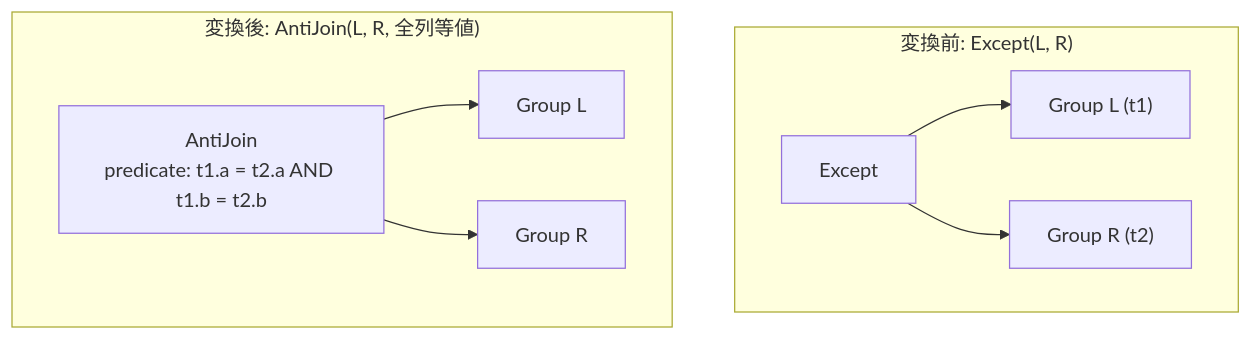
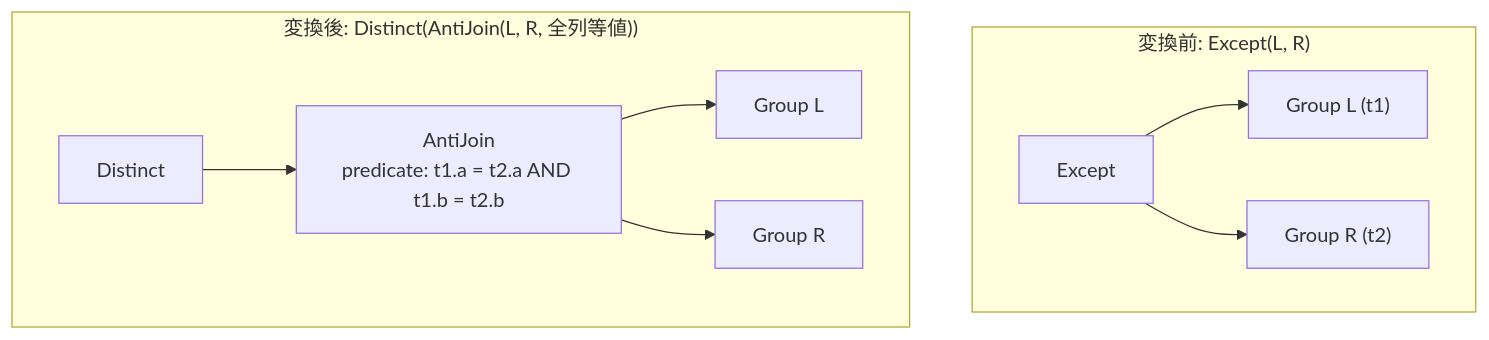
One commit to kumagi/tinylamb changed the diagram in docs/opt/part2-rules/logical/except_to_antijoin.md. Above: the diagram before and after it, drawn with Mermaid. The commit also changed other lines of this file and 677 other files, not shown here.

````diff
--- a/docs/opt/part2-rules/logical/except_to_antijoin.md
+++ b/docs/opt/part2-rules/logical/except_to_antijoin.md
@@ -14,11 +14,12 @@
 ```mermaid
 graph TD
   subgraph before["変換前: Except(L, R)"]
     E1["Except"] --> L1["Group L (t1)"]
     E1 --> R1["Group R (t2)"]
   end
-  subgraph after["変換後: AntiJoin(L, R, 全列等値)"]
-    A1["AntiJoin<br>predicate: t1.a = t2.a AND t1.b = t2.b"] --> L2["Group L"]
+  subgraph after["変換後: Distinct(AntiJoin(L, R, 全列等値))"]
+    D1["Distinct"] --> A1["AntiJoin<br>predicate: t1.a = t2.a AND t1.b = t2.b"]
+    A1 --> L2["Group L"]
     A1 --> R2["Group R"]
   end
 ```
````
